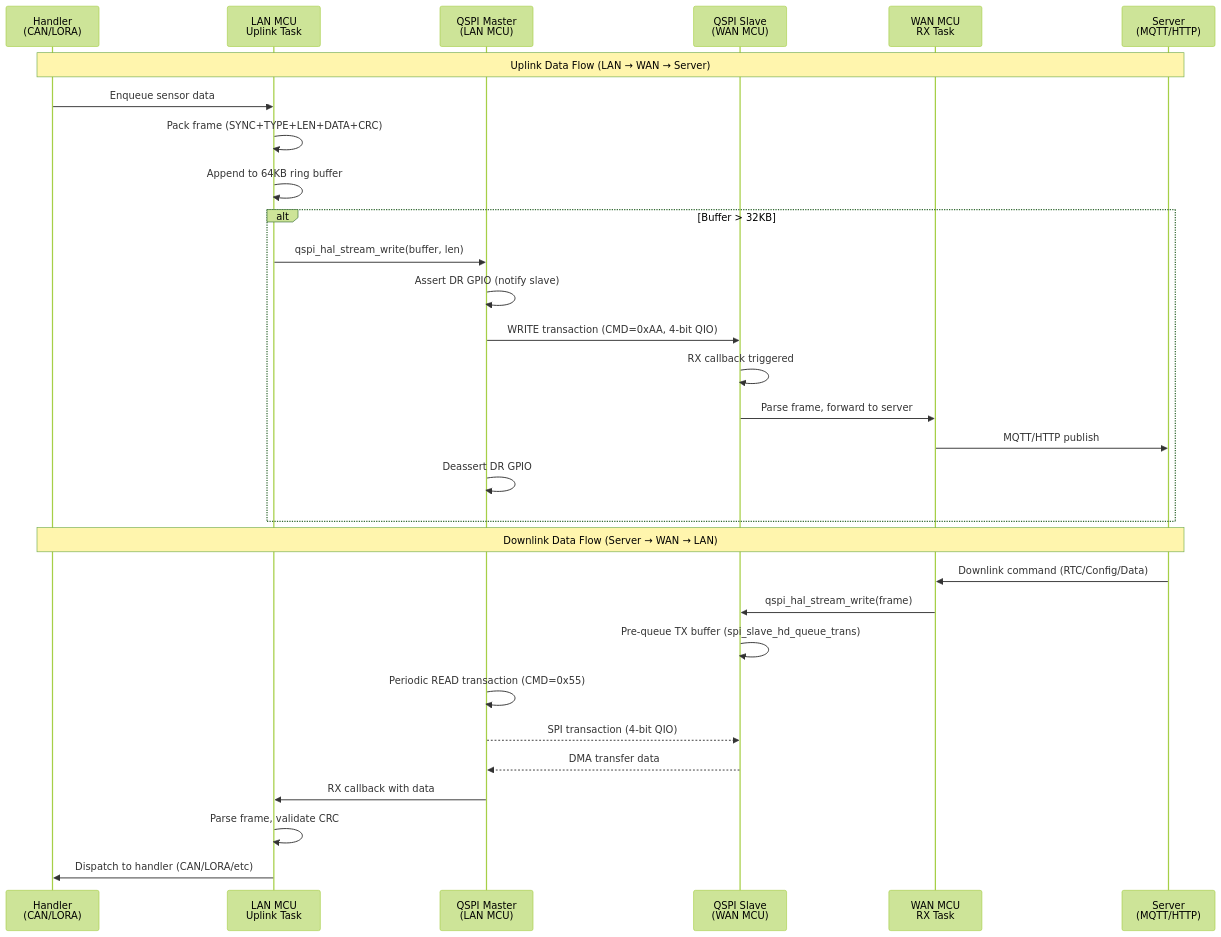
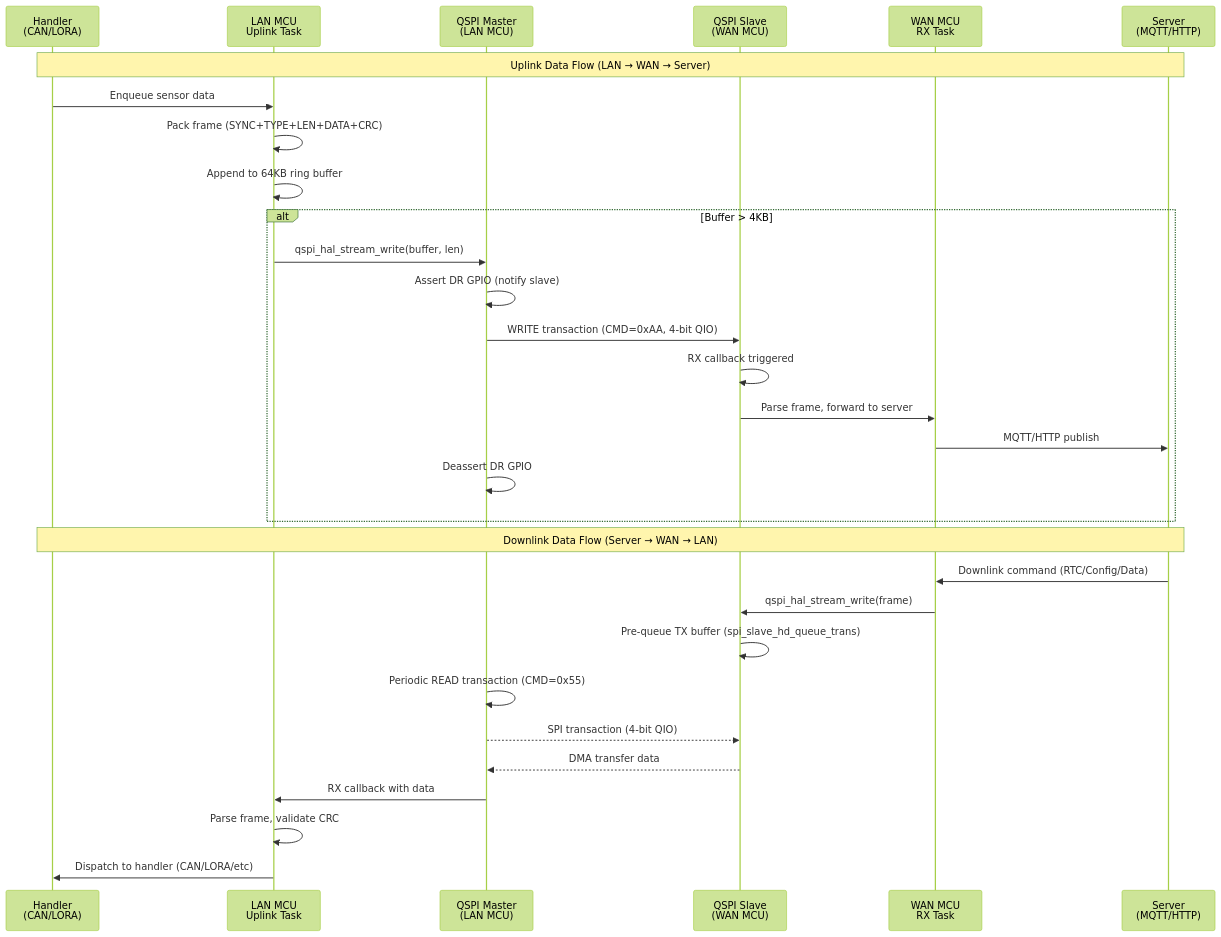
One commit to NguyenHoangTrieu/DA2_esp changed the sixth of 12 diagrams in QSPI_SDCARD_DESIGN.md. Above: the diagram before and after it, drawn with Mermaid (forest theme). The commit also changed other lines of this file, not shown here.

````diff
--- a/QSPI_SDCARD_DESIGN.md
+++ b/QSPI_SDCARD_DESIGN.md
@@ -351,39 +335,39 @@
 ```mermaid
 sequenceDiagram
     participant H as Handler<br/>(CAN/LORA)
     participant LT as LAN MCU<br/>Uplink Task
     participant QM as QSPI Master<br/>(LAN MCU)
     participant QS as QSPI Slave<br/>(WAN MCU)
     participant WT as WAN MCU<br/>RX Task
     participant SRV as Server<br/>(MQTT/HTTP)
     
     Note over H,SRV: Uplink Data Flow (LAN → WAN → Server)
     
     H->>LT: Enqueue sensor data
     LT->>LT: Pack frame (SYNC+TYPE+LEN+DATA+CRC)
     LT->>LT: Append to 64KB ring buffer
     
-    alt Buffer > 32KB
+    alt Buffer > 4KB
         LT->>QM: qspi_hal_stream_write(buffer, len)
         QM->>QM: Assert DR GPIO (notify slave)
         QM->>QS: WRITE transaction (CMD=0xAA, 4-bit QIO)
         QS->>QS: RX callback triggered
         QS->>WT: Parse frame, forward to server
         WT->>SRV: MQTT/HTTP publish
         QM->>QM: Deassert DR GPIO
     end
     
     Note over H,SRV: Downlink Data Flow (Server → WAN → LAN)
     
     SRV->>WT: Downlink command (RTC/Config/Data)
     WT->>QS: qspi_hal_stream_write(frame)
     QS->>QS: Pre-queue TX buffer (spi_slave_hd_queue_trans)
     
     QM->>QM: Periodic READ transaction (CMD=0x55)
     QM-->>QS: SPI transaction (4-bit QIO)
     QS-->>QM: DMA transfer data
     
     QM->>LT: RX callback with data
     LT->>LT: Parse frame, validate CRC
     LT->>H: Dispatch to handler (CAN/LORA/etc)
 ```
````
